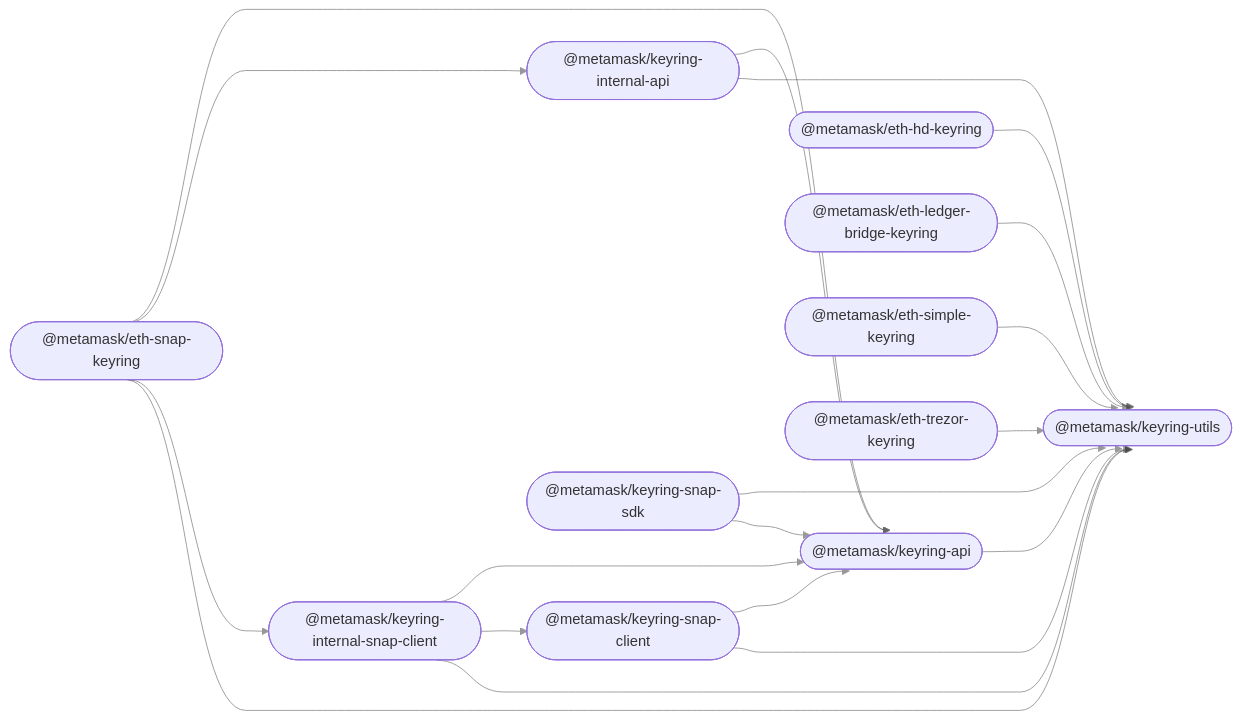
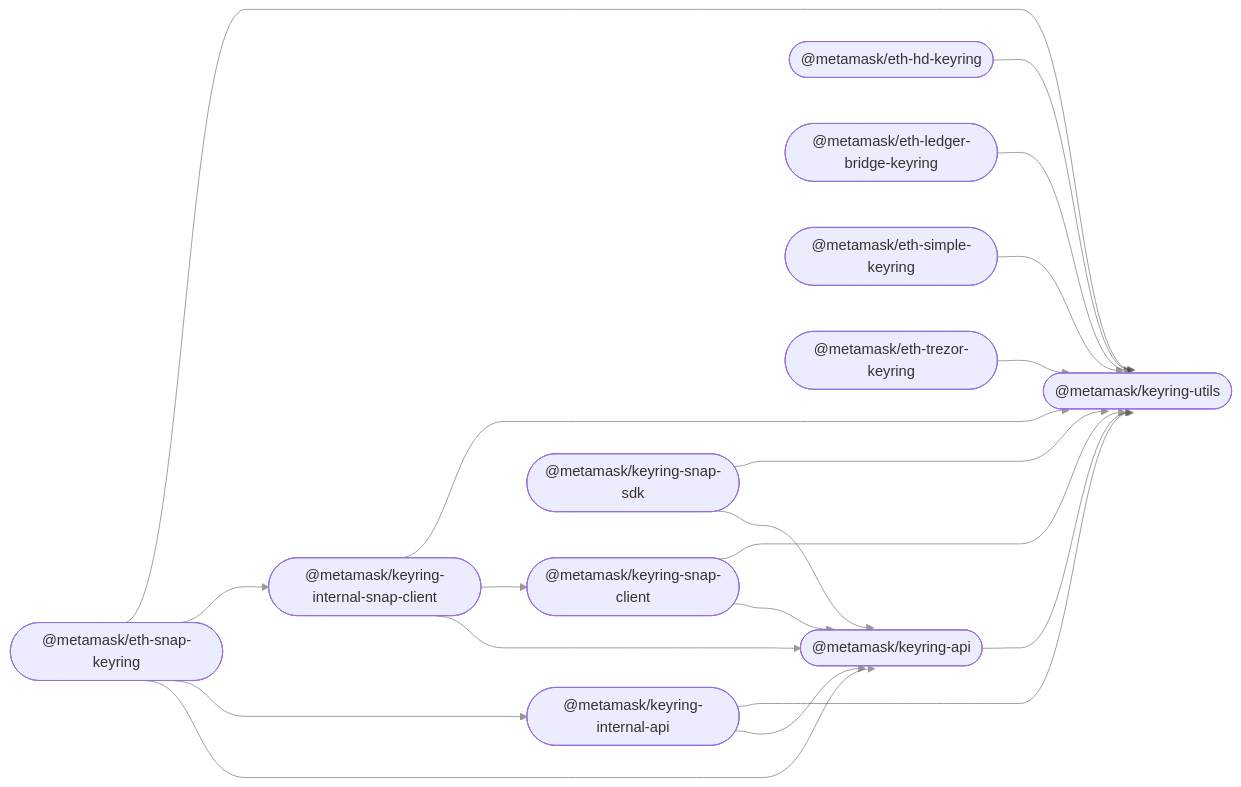
Before and after one commit to MetaMask/accounts: the diagram in README.md, drawn with Mermaid. The commit also changed other lines of this file and 1 other file, not shown here.

Commit message:
chore: fix keyring-snap-sdk's keyring-api dep

````diff
--- a/README.md
+++ b/README.md
@@ -33,34 +33,34 @@
 ```mermaid
 %%{ init: { 'flowchart': { 'curve': 'bumpX' } } }%%
 graph LR;
 linkStyle default opacity:0.5
   keyring_api(["@metamask/keyring-api"]);
   eth_hd_keyring(["@metamask/eth-hd-keyring"]);
   eth_ledger_bridge_keyring(["@metamask/eth-ledger-bridge-keyring"]);
   eth_simple_keyring(["@metamask/eth-simple-keyring"]);
   eth_trezor_keyring(["@metamask/eth-trezor-keyring"]);
   keyring_internal_api(["@metamask/keyring-internal-api"]);
   keyring_internal_snap_client(["@metamask/keyring-internal-snap-client"]);
   eth_snap_keyring(["@metamask/eth-snap-keyring"]);
   keyring_snap_client(["@metamask/keyring-snap-client"]);
   keyring_snap_sdk(["@metamask/keyring-snap-sdk"]);
   keyring_utils(["@metamask/keyring-utils"]);
   keyring_api --> keyring_utils;
   eth_hd_keyring --> keyring_utils;
   eth_ledger_bridge_keyring --> keyring_utils;
   eth_simple_keyring --> keyring_utils;
   eth_trezor_keyring --> keyring_utils;
   keyring_internal_api --> keyring_api;
   keyring_internal_api --> keyring_utils;
   keyring_internal_snap_client --> keyring_api;
   keyring_internal_snap_client --> keyring_snap_client;
   keyring_internal_snap_client --> keyring_utils;
   eth_snap_keyring --> keyring_api;
   eth_snap_keyring --> keyring_internal_api;
   eth_snap_keyring --> keyring_internal_snap_client;
   eth_snap_keyring --> keyring_utils;
   keyring_snap_client --> keyring_api;
   keyring_snap_client --> keyring_utils;
+  keyring_snap_sdk --> keyring_api;
   keyring_snap_sdk --> keyring_utils;
-  keyring_snap_sdk --> keyring_api;
 ```
````
